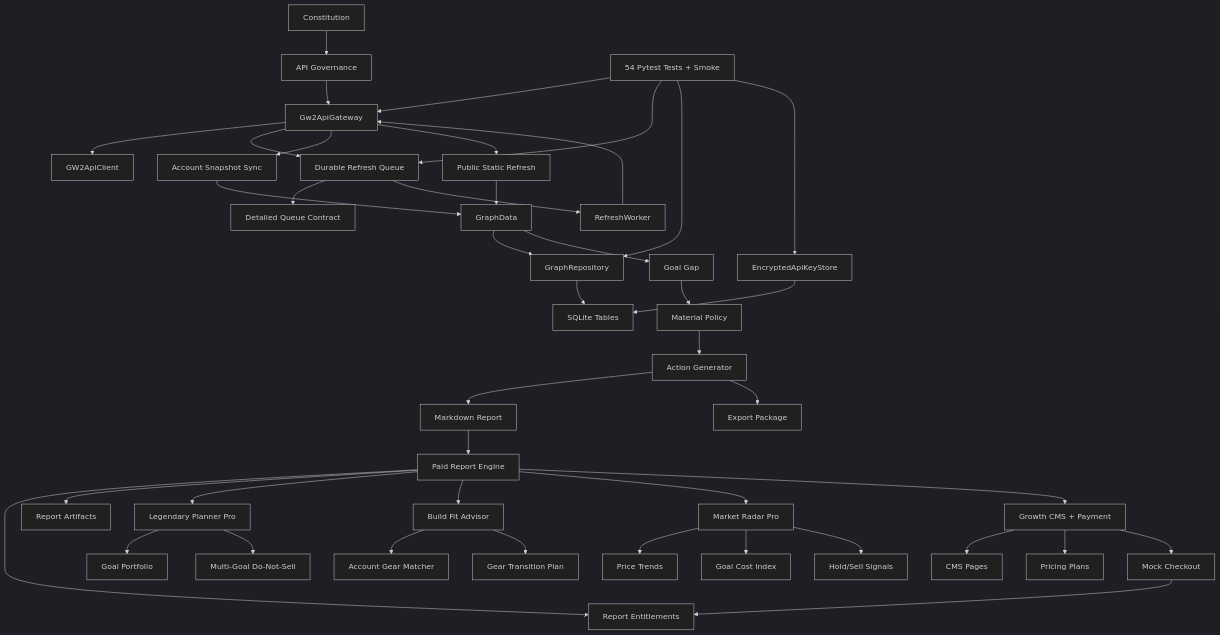
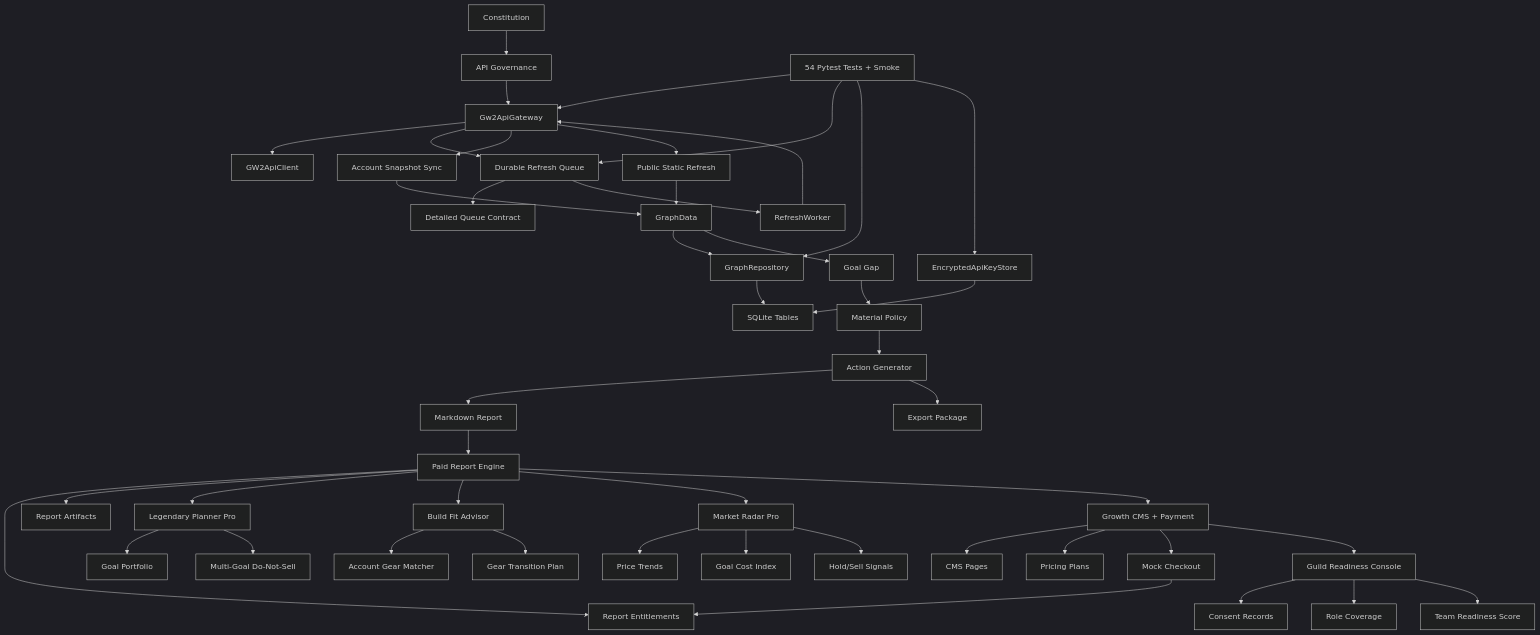
The diagram in docs/analysis/POST_MVP_GRAPH_MATURITY_AND_ROADMAP.md (johnslee1207-commits/gw2radar), drawn with Mermaid (dark theme) before and after one commit. The commit also changed other lines of this file and 18 other files, not shown here.

Commit message:
Add guild readiness console

````diff
--- a/docs/analysis/POST_MVP_GRAPH_MATURITY_AND_ROADMAP.md
+++ b/docs/analysis/POST_MVP_GRAPH_MATURITY_AND_ROADMAP.md
@@ -39,48 +39,52 @@
 ```mermaid
 flowchart TD
   Constitution["Constitution"] --> Governance["API Governance"]
   Governance --> Gateway["Gw2ApiGateway"]
   Gateway --> Client["GW2ApiClient"]
   Gateway --> Queue["Durable Refresh Queue"]
   Queue --> QueueContract["Detailed Queue Contract"]
   Queue --> Worker["RefreshWorker"]
   Worker --> Gateway
 
   Gateway --> AccountSync["Account Snapshot Sync"]
   Gateway --> PublicRefresh["Public Static Refresh"]
 
   GraphData["GraphData"] --> Repository["GraphRepository"]
   Repository --> SQLite["SQLite Tables"]
   AccountSync --> GraphData
   PublicRefresh --> GraphData
 
   GraphData --> Gap["Goal Gap"]
   Gap --> Policy["Material Policy"]
   Policy --> Actions["Action Generator"]
   Actions --> Report["Markdown Report"]
   Actions --> Package["Export Package"]
   Report --> PaidReports["Paid Report Engine"]
   PaidReports --> Entitlements["Report Entitlements"]
   PaidReports --> Artifacts["Report Artifacts"]
   PaidReports --> LegendaryPro["Legendary Planner Pro"]
   LegendaryPro --> Portfolio["Goal Portfolio"]
   LegendaryPro --> DoNotSell["Multi-Goal Do-Not-Sell"]
   PaidReports --> BuildFit["Build Fit Advisor"]
   BuildFit --> GearMatcher["Account Gear Matcher"]
   BuildFit --> TransitionPlan["Gear Transition Plan"]
   PaidReports --> MarketRadar["Market Radar Pro"]
   MarketRadar --> Trends["Price Trends"]
   MarketRadar --> CostIndex["Goal Cost Index"]
   MarketRadar --> Signals["Hold/Sell Signals"]
   PaidReports --> Growth["Growth CMS + Payment"]
   Growth --> CMS["CMS Pages"]
   Growth --> Pricing["Pricing Plans"]
   Growth --> Checkout["Mock Checkout"]
   Checkout --> Entitlements["Report Entitlements"]
+  Growth --> GuildConsole["Guild Readiness Console"]
+  GuildConsole --> Consent["Consent Records"]
+  GuildConsole --> RoleCoverage["Role Coverage"]
+  GuildConsole --> TeamReadiness["Team Readiness Score"]
 
   KeyStore["EncryptedApiKeyStore"] --> SQLite
   Tests["54 Pytest Tests + Smoke"] --> Gateway
   Tests --> Queue
   Tests --> Repository
   Tests --> KeyStore
 ```
````
